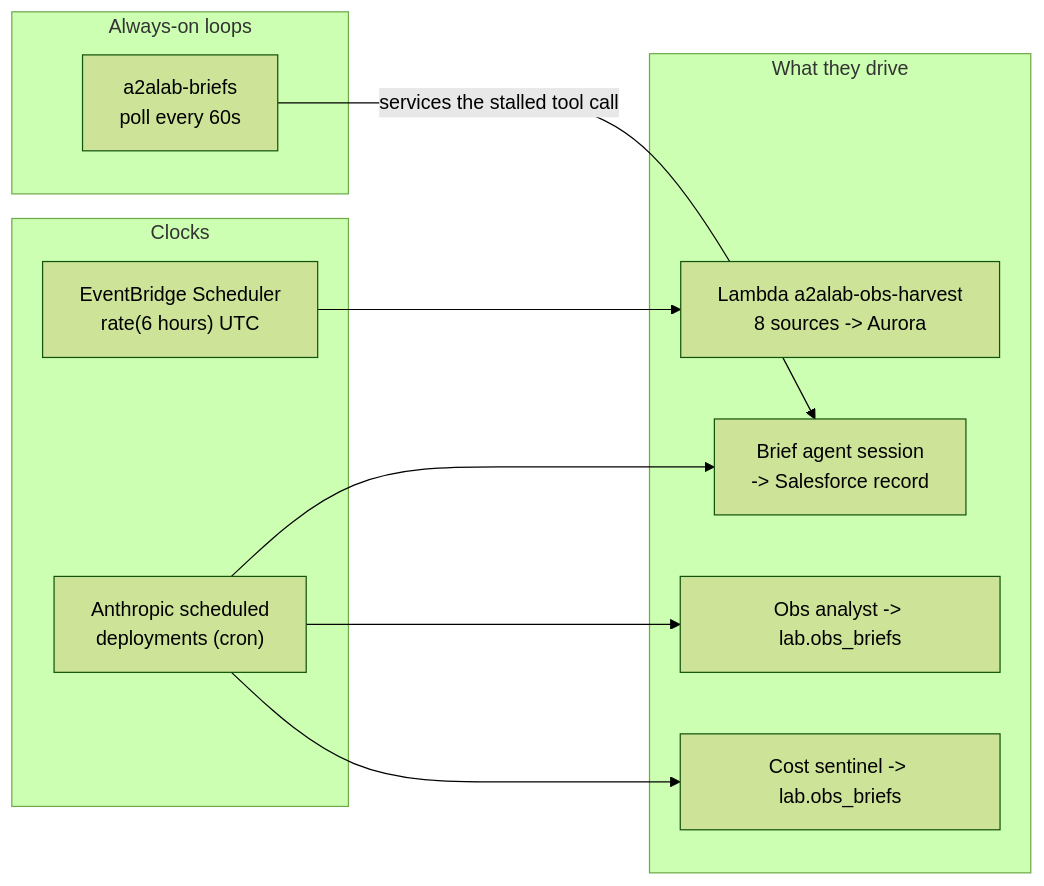
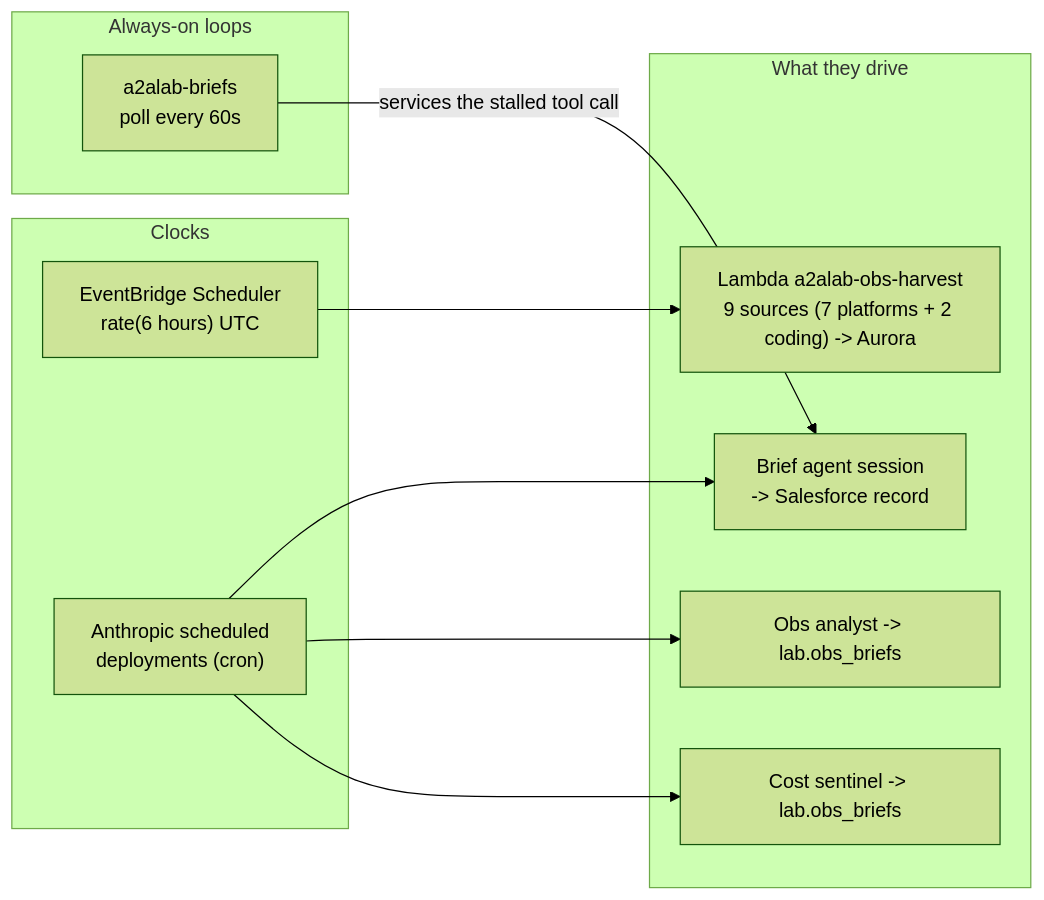
One commit to congmingwudi/a2a-lab changed the ninth of 11 diagrams in plan/09-deployment-map.md. Above: the diagram before and after it, drawn with Mermaid (forest theme). The commit also changed other lines of this file and 13 other files, not shown here.

````diff
--- a/plan/09-deployment-map.md
+++ b/plan/09-deployment-map.md
@@ -911,21 +917,21 @@
 ```mermaid
 flowchart LR
   subgraph CLK["Clocks"]
     EBS["EventBridge Scheduler<br/>rate(6 hours) UTC"]
     ANT["Anthropic scheduled<br/>deployments (cron)"]
   end
   subgraph LOOP["Always-on loops"]
     BW["a2alab-briefs<br/>poll every 60s"]
   end
   subgraph WORK["What they drive"]
-    HARV["Lambda a2alab-obs-harvest<br/>8 sources -> Aurora"]
+    HARV["Lambda a2alab-obs-harvest<br/>9 sources (7 platforms + 2 coding) -> Aurora"]
     BRIEF["Brief agent session<br/>-> Salesforce record"]
     ANLY["Obs analyst -> lab.obs_briefs"]
     COST["Cost sentinel -> lab.obs_briefs"]
   end
   EBS --> HARV
   ANT --> BRIEF
   ANT --> ANLY
   ANT --> COST
   BW -->|"services the stalled tool call"| BRIEF
 ```
````
